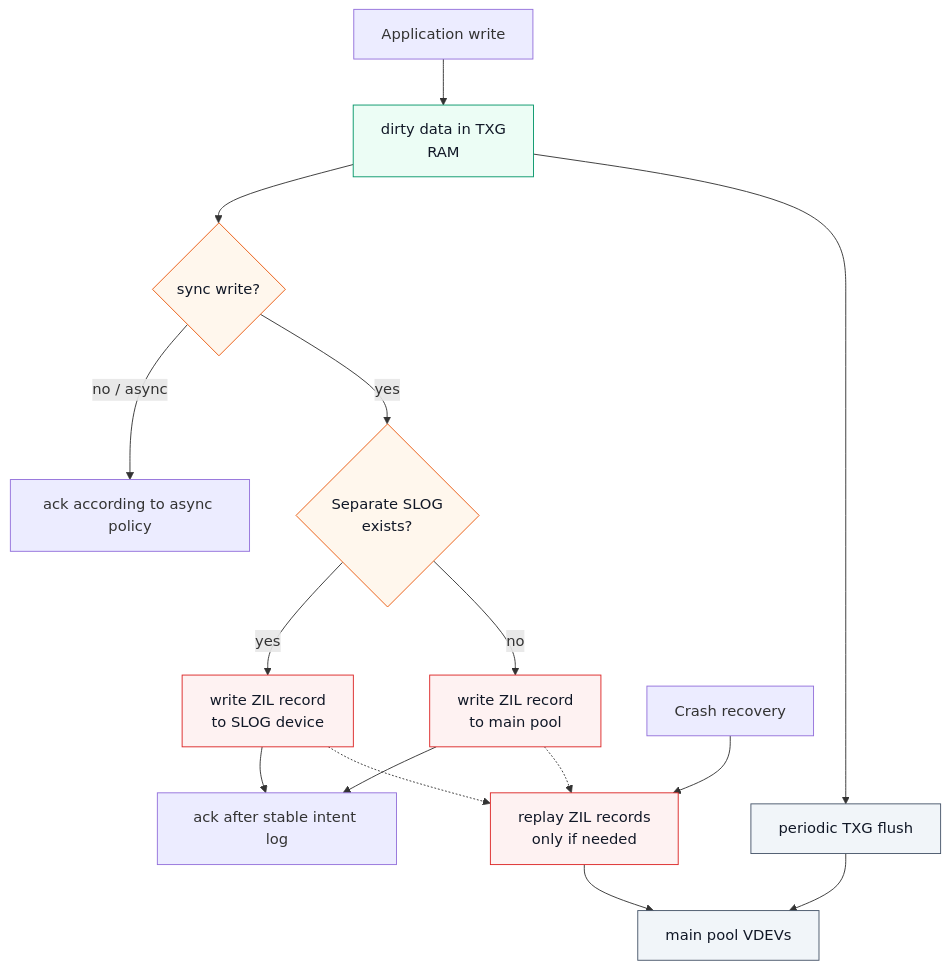
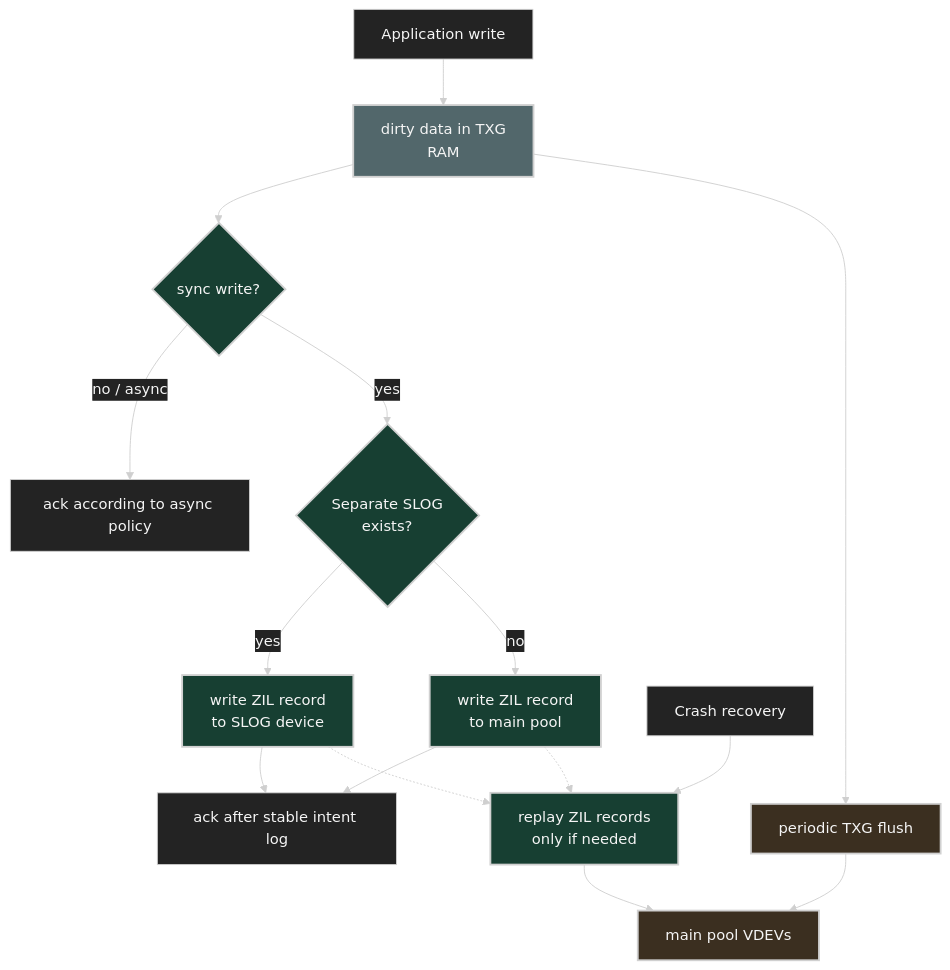
The fourth of 6 diagrams in storage/zfs/README.md (ziwon/ai-data-center-network), drawn with Mermaid before and after one commit. The commit also changed other lines of this file and 35 other files, not shown here.

Commit message:
docs(mermaid): apply dark diagram style

````diff
--- a/storage/zfs/README.md
+++ b/storage/zfs/README.md
@@ -953,29 +956,30 @@
 ```mermaid
+%%{init: {"theme": "base", "themeVariables": {"background": "#171717", "primaryColor": "#232323", "primaryTextColor": "#f5f5f5", "primaryBorderColor": "#d0d0d0", "lineColor": "#cfcfcf", "fontFamily": "Inter, Arial, sans-serif"}}}%%
 flowchart TD
   app["Application write"] --> dirty["dirty data in TXG<br/>RAM"]
   dirty --> syncq{"sync write?"}
 
   syncq -->|"no / async"| async_ack["ack according to async policy"]
   syncq -->|"yes"| logdev{"Separate SLOG<br/>exists?"}
   logdev -->|"yes"| slog["write ZIL record<br/>to SLOG device"]
   logdev -->|"no"| pool_zil["write ZIL record<br/>to main pool"]
   slog --> sync_ack["ack after stable intent log"]
   pool_zil --> sync_ack
 
   dirty --> flush["periodic TXG flush"]
   flush --> pool["main pool VDEVs"]
 
   recovery["Crash recovery"] --> replay["replay ZIL records<br/>only if needed"]
   slog -.-> replay
   pool_zil -.-> replay
   replay --> pool
 
-  classDef ram fill:#ecfdf5,stroke:#059669,stroke-width:1px,color:#111827;
-  classDef log fill:#fef2f2,stroke:#dc2626,stroke-width:1px,color:#111827;
-  classDef disk fill:#f1f5f9,stroke:#475569,stroke-width:1px,color:#111827;
-  classDef decision fill:#fff7ed,stroke:#ea580c,stroke-width:1px,color:#111827;
+  classDef ram fill:#52676b,stroke:#d0d0d0,color:#f5f5f5,stroke-width:2px;
+  classDef log fill:#173f32,stroke:#d0d0d0,color:#f5f5f5,stroke-width:2px;
+  classDef disk fill:#3b2f20,stroke:#d0d0d0,color:#f5f5f5,stroke-width:2px;
+  classDef decision fill:#173f32,stroke:#d0d0d0,color:#f5f5f5,stroke-width:2px;
   class syncq,logdev decision;
   class dirty ram;
   class slog,pool_zil,replay log;
   class pool,flush disk;
 ```
````
